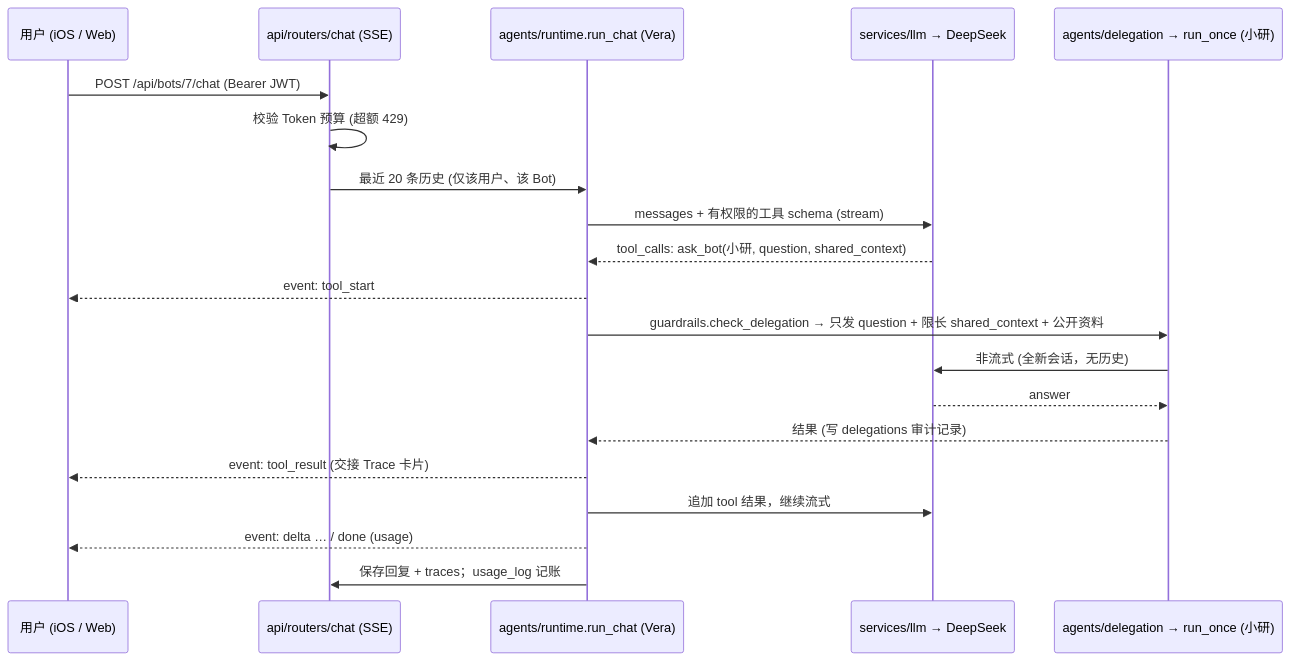
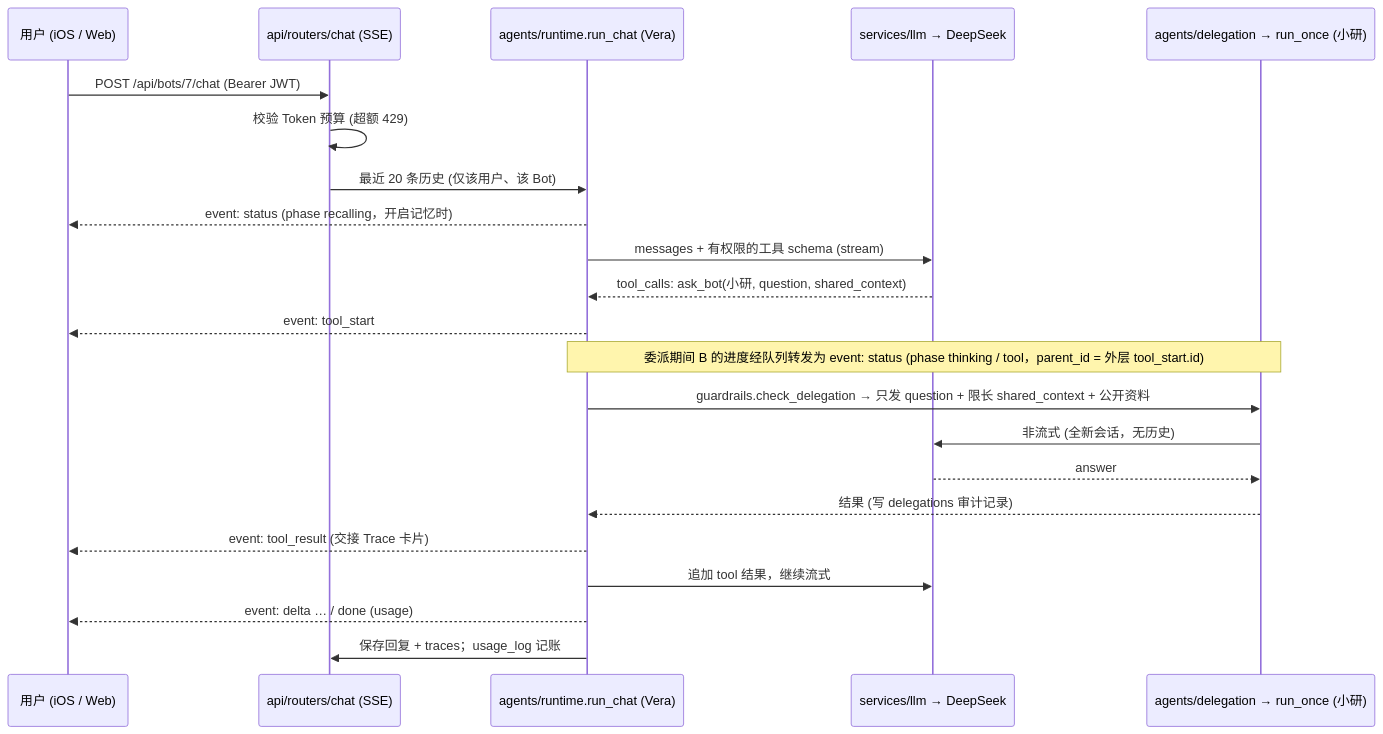
Before and after one commit to luisporschewind-ai/VeraBot: the first of 2 diagrams in docs/design/ARCHITECTURE.md, drawn with Mermaid. The commit also changed 14 other files, not shown here.

Commit message:
feat: SSE status event (recalling + delegation progress), execution state v1.1, avatar lab replying/delegating

````diff
--- a/docs/design/ARCHITECTURE.md
+++ b/docs/design/ARCHITECTURE.md
@@ -54,23 +54,25 @@
 ```mermaid
 sequenceDiagram
     participant U as 用户 (iOS / Web)
     participant S as api/routers/chat (SSE)
     participant A as agents/runtime.run_chat (Vera)
     participant L as services/llm → DeepSeek
     participant B as agents/delegation → run_once (小研)
 
     U->>S: POST /api/bots/7/chat (Bearer JWT)
     S->>S: 校验 Token 预算 (超额 429)
     S->>A: 最近 20 条历史 (仅该用户、该 Bot)
+    A-->>U: event: status (phase recalling，开启记忆时)
     A->>L: messages + 有权限的工具 schema (stream)
     L-->>A: tool_calls: ask_bot(小研, question, shared_context)
     A-->>U: event: tool_start
+    Note over A,B: 委派期间 B 的进度经队列转发为 event: status (phase thinking / tool，parent_id = 外层 tool_start.id)
     A->>B: guardrails.check_delegation → 只发 question + 限长 shared_context + 公开资料
     B->>L: 非流式 (全新会话，无历史)
     L-->>B: answer
     B-->>A: 结果 (写 delegations 审计记录)
     A-->>U: event: tool_result (交接 Trace 卡片)
     A->>L: 追加 tool 结果，继续流式
     A-->>U: event: delta … / done (usage)
     A->>S: 保存回复 + traces；usage_log 记账
 ```
````
